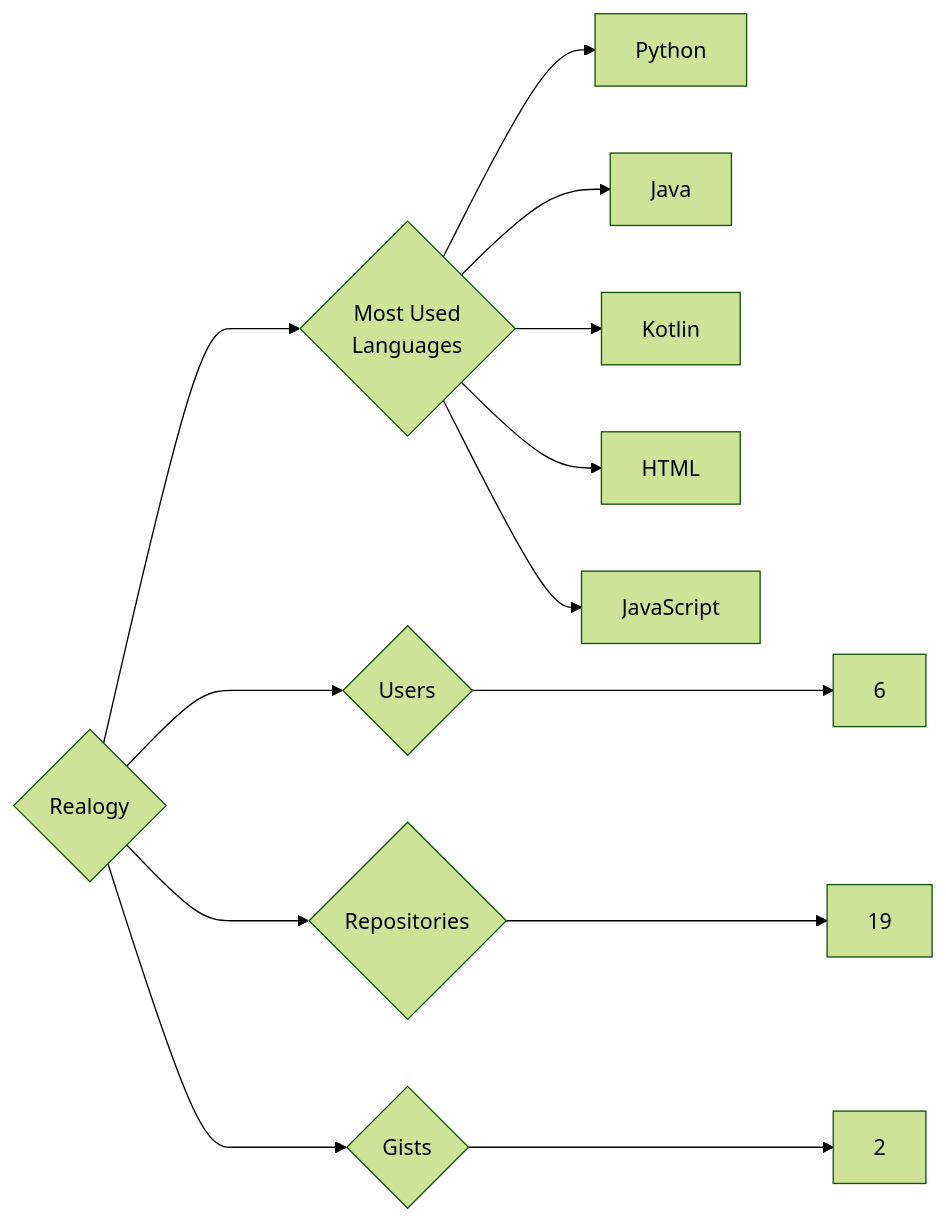
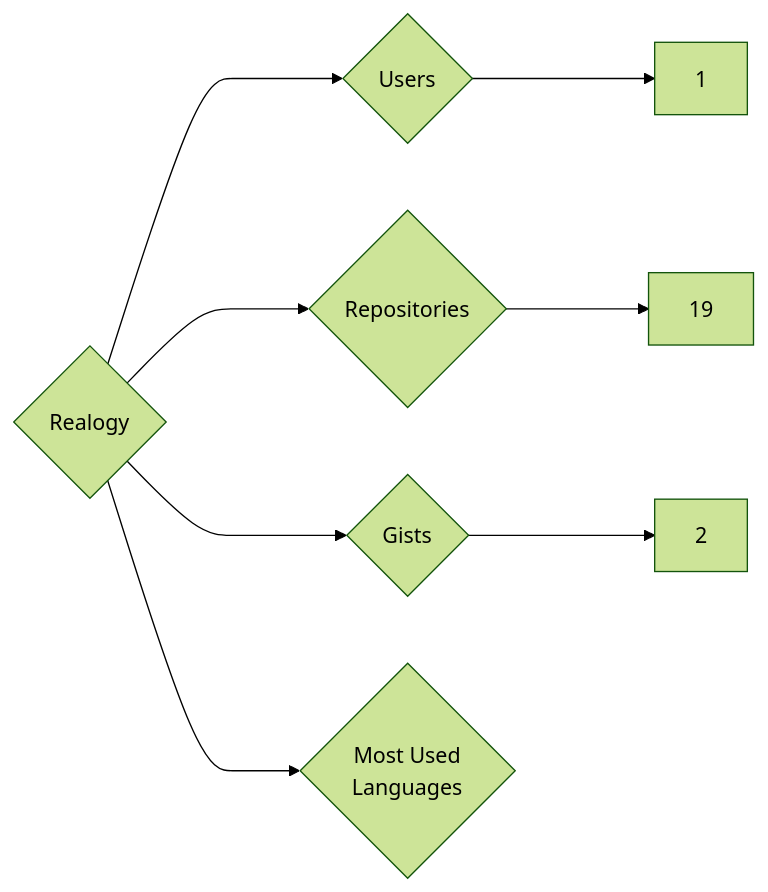
The diagram in targets/Realogy/README.md (trickest/insiders), drawn with Mermaid (forest theme) before and after one commit. The commit also changed 695 other files, not shown here.

````diff
--- a/targets/Realogy/README.md
+++ b/targets/Realogy/README.md
@@ -3,13 +3,8 @@
 ```mermaid
 graph LR
 COMPANY_NAME{Realogy}
-COMPANY_NAME ---> U{Users} ---> UN[6]
+COMPANY_NAME ---> U{Users} ---> UN[1]
 COMPANY_NAME ---> R{Repositories} ---> RN[19]
 COMPANY_NAME ---> G{Gists} ---> GN[2]
 COMPANY_NAME ---> ML{Most Used<br>Languages}
-ML --> Python[Python]
-ML --> Java[Java]
-ML --> Kotlin[Kotlin]
-ML --> HTML[HTML]
-ML --> JavaScript[JavaScript]
 ```
````
